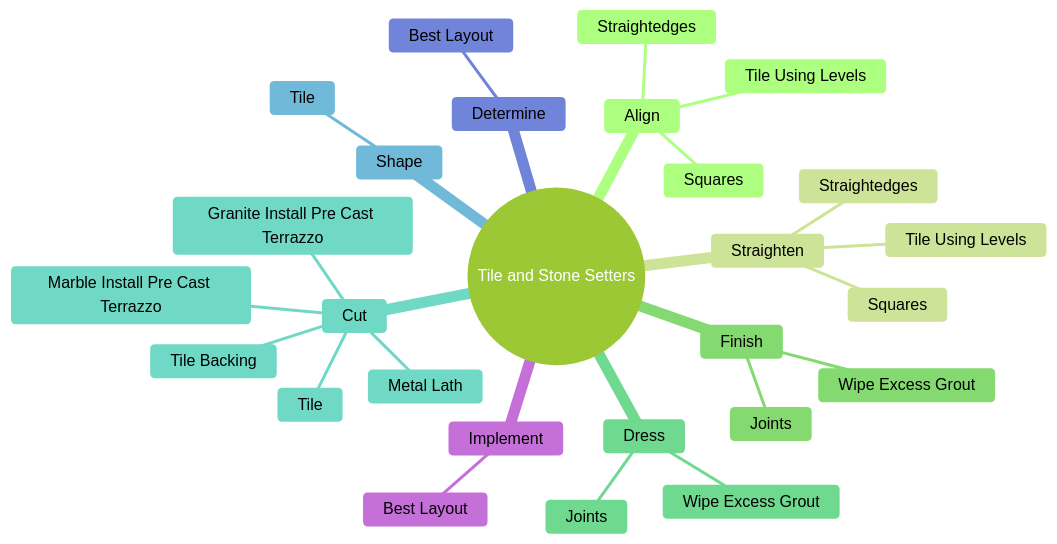
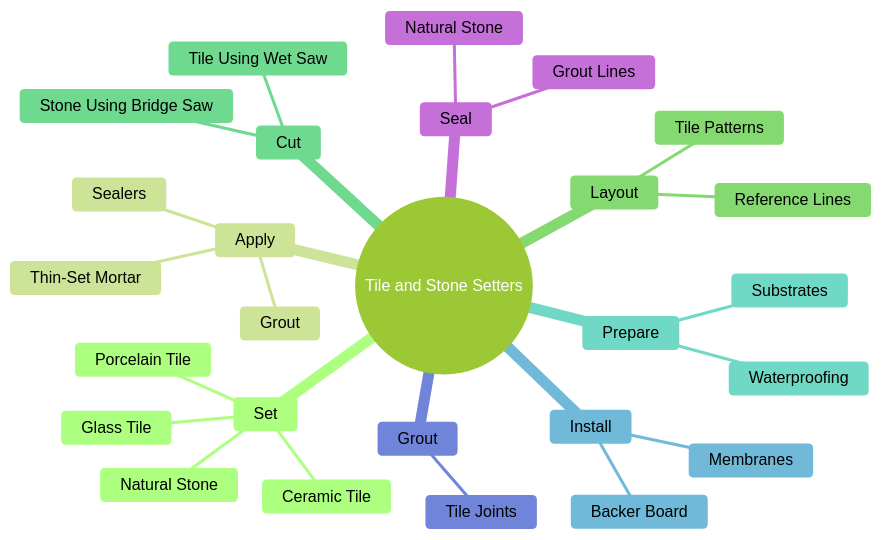
Before and after one commit to kziemski/business.org.ai: the second of 4 diagrams in occupations/Construction/TileAndStoneSetters.mdx, drawn with Mermaid (forest theme). The commit also changed other lines of this file and 938 other files, not shown here.

````diff
--- a/occupations/Construction/TileAndStoneSetters.mdx
+++ b/occupations/Construction/TileAndStoneSetters.mdx
@@ -37,30 +47,30 @@
 ```mermaid
 mindmap
     root(("Tile and Stone Setters"))
-        Align
-            Tile Using Levels
-            Squares
-            Straightedges
-        Straighten
-            Tile Using Levels
-            Squares
-            Straightedges
-        Finish
-            Joints
-            Wipe Excess Grout
-        Dress
-            Joints
-            Wipe Excess Grout
+        Set
+            Ceramic Tile
+            Porcelain Tile
+            Natural Stone
+            Glass Tile
+        Apply
+            Thin-Set Mortar
+            Grout
+            Sealers
+        Layout
+            Tile Patterns
+            Reference Lines
         Cut
-            Tile
-            Metal Lath
-            Tile Backing
-            Marble Install Pre Cast Terrazzo
-            Granite Install Pre Cast Terrazzo
-        Shape
-            Tile
-        Determine
-            Best Layout
-        Implement
-            Best Layout
+            Tile Using Wet Saw
+            Stone Using Bridge Saw
+        Prepare
+            Substrates
+            Waterproofing
+        Install
+            Backer Board
+            Membranes
+        Grout
+            Tile Joints
+        Seal
+            Natural Stone
+            Grout Lines
 ```
````
